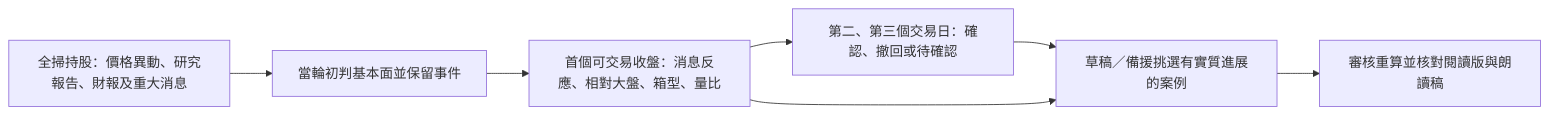
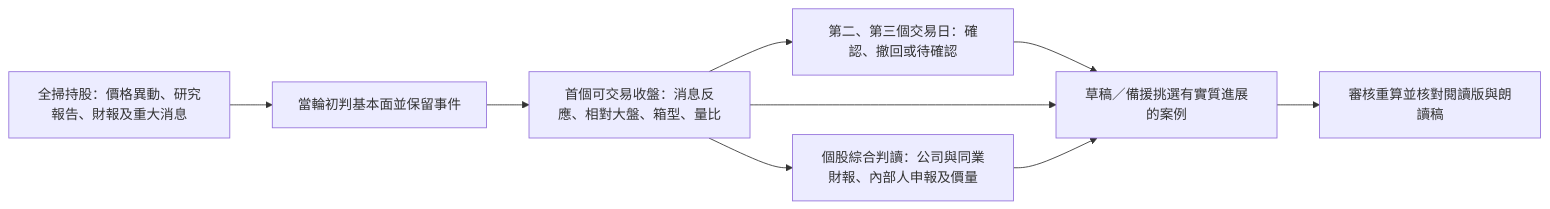
One commit to Vinskao/maya-sawa changed the fifth of 5 diagrams in docs/DAILY_MAYA_BRIEF.md. Above: the diagram before and after it, drawn with Mermaid. The commit also changed other lines of this file and 8 other files, not shown here.

````diff
--- a/docs/DAILY_MAYA_BRIEF.md
+++ b/docs/DAILY_MAYA_BRIEF.md
@@ -226,9 +226,11 @@
 ```mermaid
 flowchart LR
   S[全掃持股：價格異動、研究報告、財報及重大消息] --> I[當輪初判基本面並保留事件]
   I --> C[首個可交易收盤：消息反應、相對大盤、箱型、量比]
   C --> T[第二、第三個交易日：確認、撤回或待確認]
   T --> D[草稿／備援挑選有實質進展的案例]
   C --> D
+  C --> P[個股綜合判讀：公司與同業財報、內部人申報及價量]
+  P --> D
   D --> R[審核重算並核對閱讀版與朗讀稿]
 ```
````
